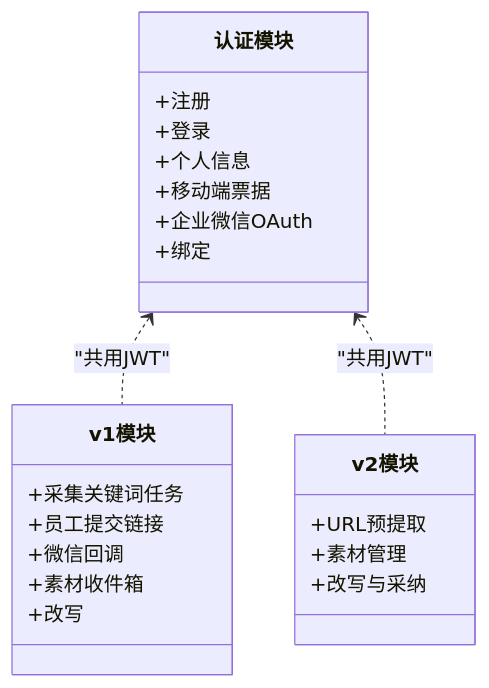
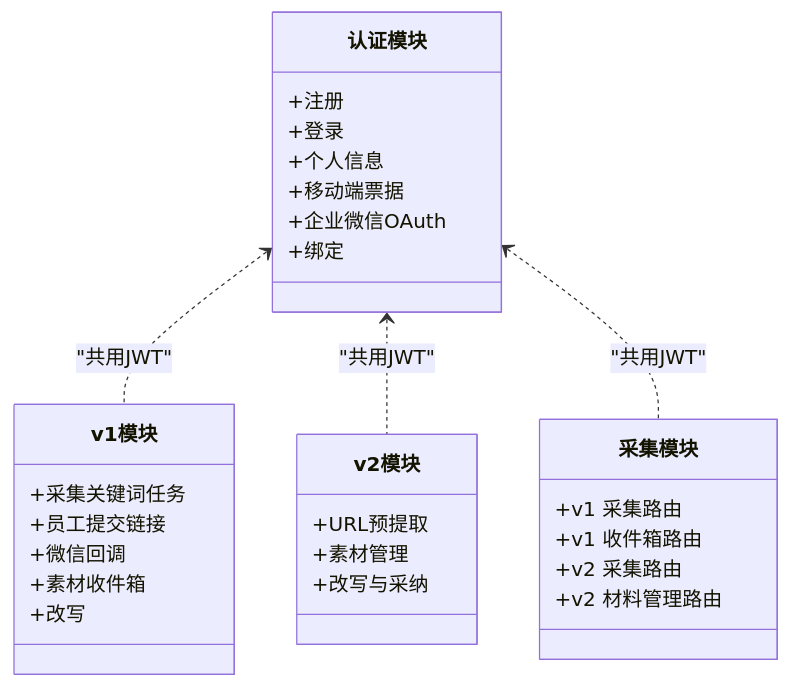
The sixth of 9 diagrams in .qoder/repowiki/zh/content/后端服务架构/API路由系统.md (dream-ze/AI_huoke-), drawn with Mermaid before and after one commit. The commit also changed other lines of this file and 52 other files, not shown here.

````diff
--- a/.qoder/repowiki/zh/content/后端服务架构/API路由系统.md
+++ b/.qoder/repowiki/zh/content/后端服务架构/API路由系统.md
@@ -204,25 +256,32 @@
 ```mermaid
 classDiagram
 class 认证模块 {
 +注册
 +登录
 +个人信息
 +移动端票据
 +企业微信OAuth
 +绑定
 }
 class v1模块 {
 +采集关键词任务
 +员工提交链接
 +微信回调
 +素材收件箱
 +改写
 }
 class v2模块 {
 +URL预提取
 +素材管理
 +改写与采纳
 }
+class 采集模块 {
++v1 采集路由
++v1 收件箱路由
++v2 采集路由
++v2 材料管理路由
+}
 认证模块 <.. v1模块 : "共用JWT"
 认证模块 <.. v2模块 : "共用JWT"
+认证模块 <.. 采集模块 : "共用JWT"
 ```
````
